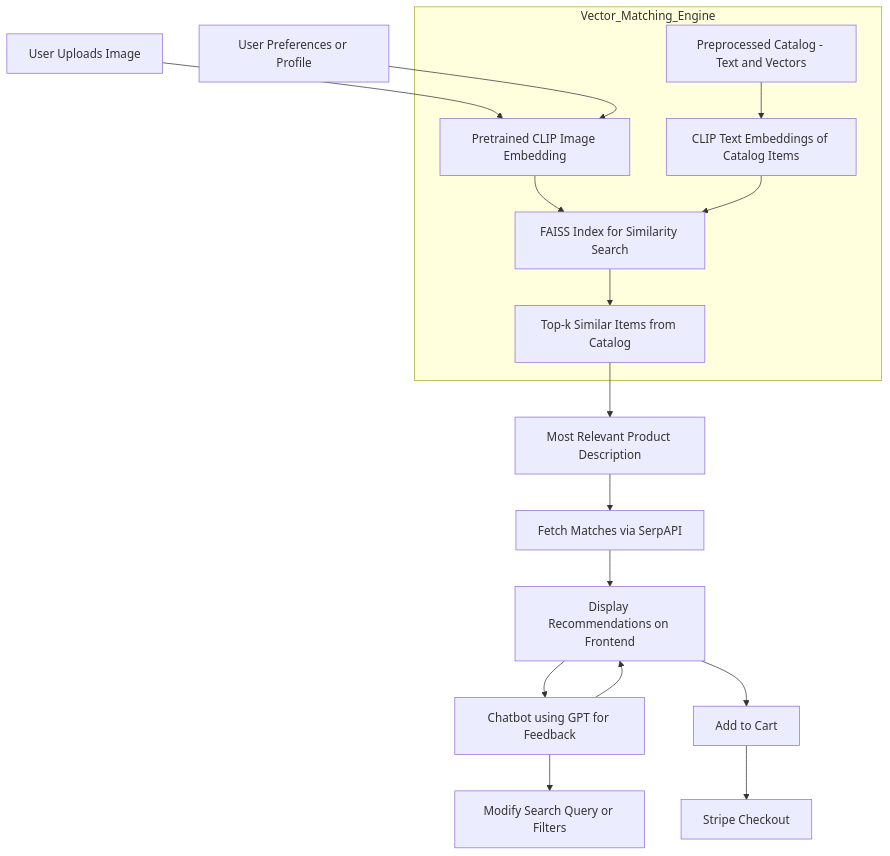
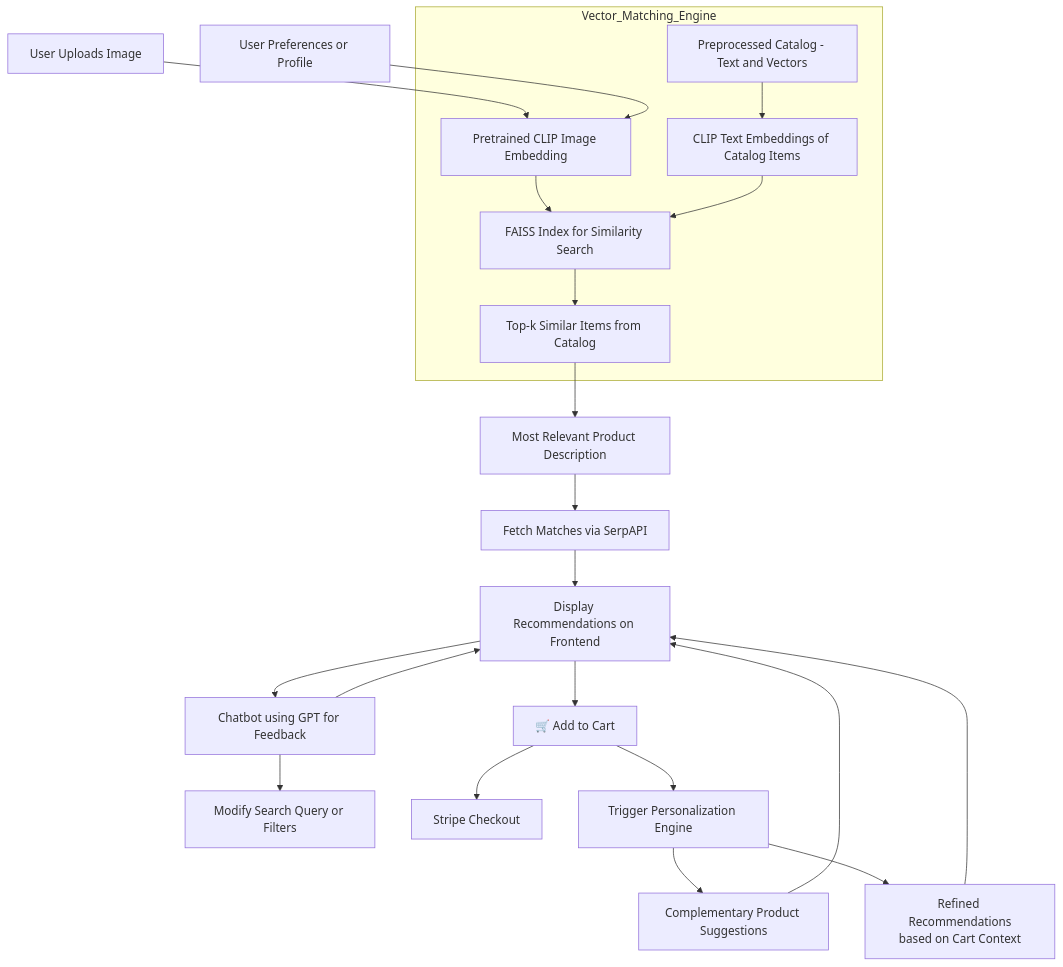
One commit to bharatnageshr/fashion_assistant changed the diagram in README.md. Above: the diagram before and after it, drawn with Mermaid.

````diff
--- a/README.md
+++ b/README.md
@@ -42,30 +42,39 @@
 ```mermaid
 graph TD
   A[User Uploads Image] --> B[Pretrained CLIP Image Embedding]
   A2[User Preferences or Profile] --> B
 
   subgraph Vector_Matching_Engine
     D1[Preprocessed Catalog - Text and Vectors]
     D3[CLIP Text Embeddings of Catalog Items]
     D2[FAISS Index for Similarity Search]
     B --> D2
     D1 --> D3
     D3 --> D2
     D2 --> C[Top-k Similar Items from Catalog]
   end
 
   C --> E[Most Relevant Product Description]
   E --> F[Fetch Matches via SerpAPI]
   F --> G[Display Recommendations on Frontend]
+
   G --> H[Chatbot using GPT for Feedback]
   H --> G
   H --> I[Modify Search Query or Filters]
-  G --> J[Add to Cart]
+
+  G --> J[🛒 Add to Cart]
   J --> K[Stripe Checkout]
+
+  %% Personalization and Cart Intelligence
+  J --> L[Trigger Personalization Engine]
+  L --> M[Complementary Product Suggestions]
+  L --> N[Refined Recommendations<br>based on Cart Context]
+  M --> G
+  N --> G
 
 %% Clickable node references (for supported environments like Mermaid Live Editor or Docs)
 click B href "https://openai.com/research/clip" _blank
 click D2 href "https://github.com/facebookresearch/faiss" _blank
 click F href "https://serpapi.com/" _blank
 click H href "https://platform.openai.com/" _blank
 ```
````
